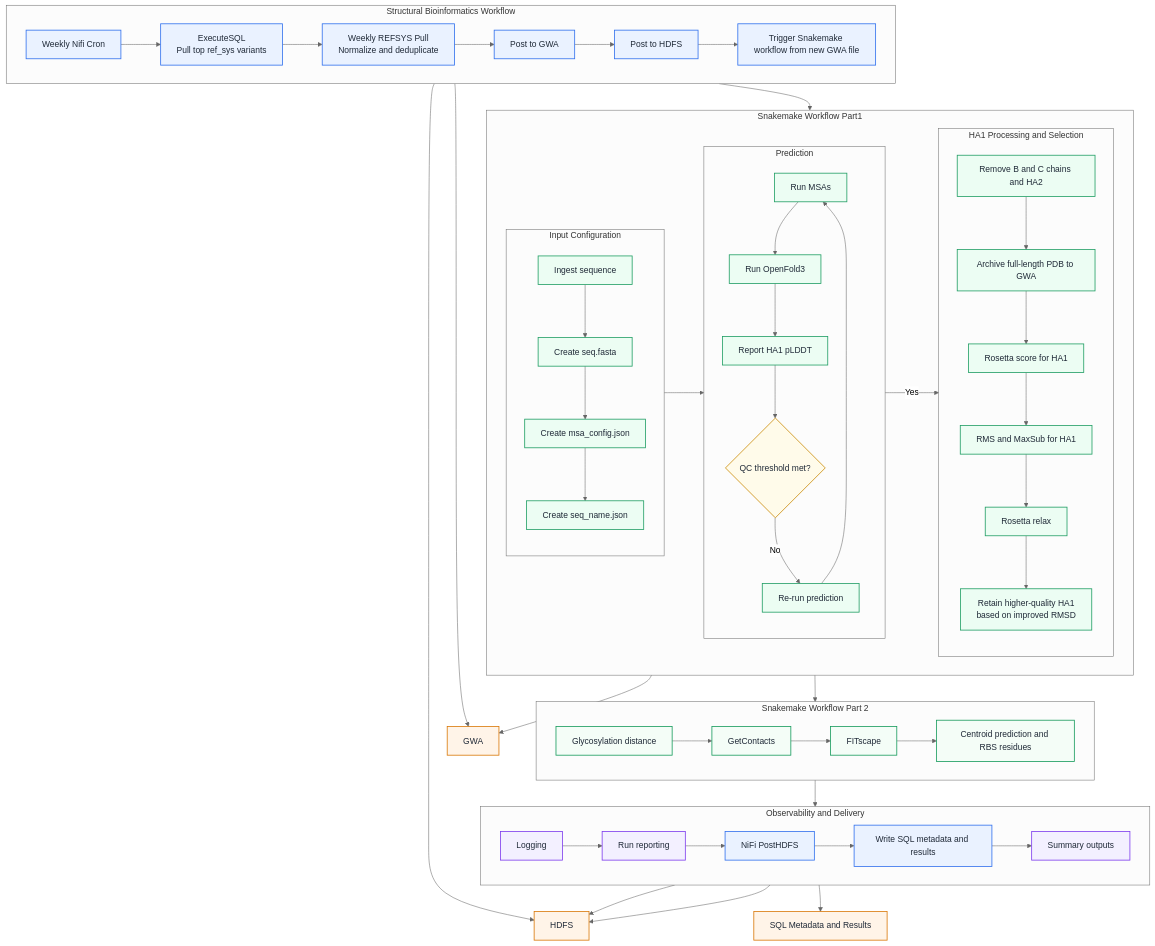
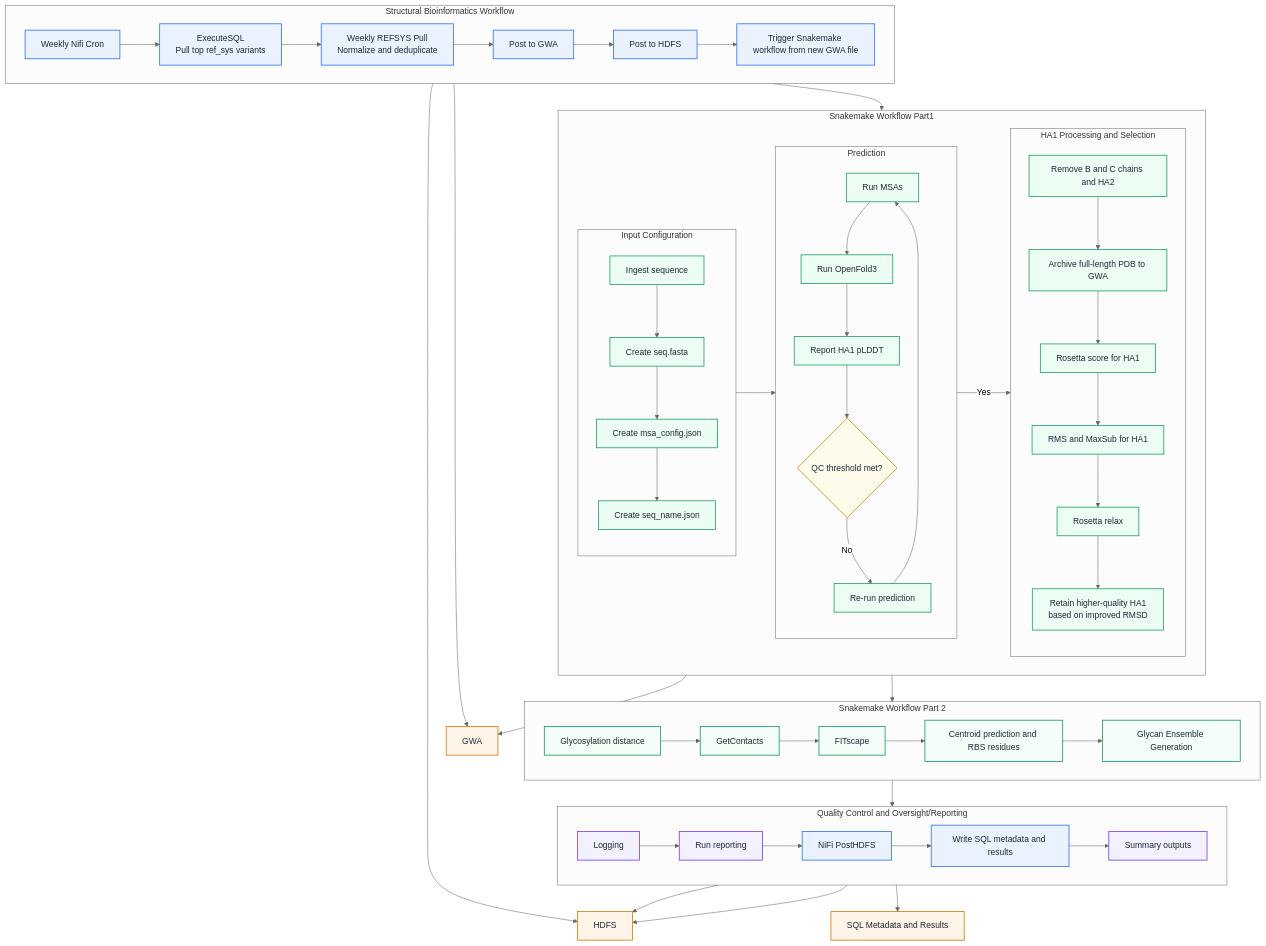
One commit to CDCgov/modpro changed the diagram in README.md. Above: the diagram before and after it, drawn with Mermaid (neutral theme). The commit also changed other lines of this file, not shown here.

Commit message:
Revise README structure and add workflow details
Updated section headers and added Glycan Ensemble Generation to workflow.

```diff
--- a/README.md
+++ b/README.md
@@ -220,7 +220,7 @@
     classDef report fill:#F3F0FF,stroke:#7C3AED,stroke-width:1.5px,color:#1F2937;
 
     %% =====================================================
-    %% ORCHESTRATION
+    %% Workflow
     %% =====================================================
     subgraph A["Structural Bioinformatics Workflow"]
         direction LR
@@ -234,7 +234,7 @@
     end
 
     %% =====================================================
-    %% MODELING
+    %% Modeling
     %% =====================================================
     subgraph B["Snakemake Workflow Part1"]
         direction LR
@@ -283,13 +283,14 @@
         C2["GetContacts"]
         C3["FITscape"]
         C4["Centroid prediction and RBS residues"]
-        C1 --> C2 --> C3 --> C4
+        C5["Glycan Ensemble Generation"]
+        C1 --> C2 --> C3 --> C4 --> C5
     end
 
     %% =====================================================
     %% OBSERVABILITY / DELIVERY
     %% =====================================================
-    subgraph D["Observability and Delivery"]
+    subgraph D["Quality Control and Oversight/Reporting"]
         direction LR
         D1["Logging"]
         D2["Run reporting"]
@@ -314,7 +315,7 @@
     A6 --> B1a
     B3b --> E1
     B3f --> C1
-    C4 --> D1
+    C5 --> D1
     D3 --> E2
     D4 --> E3
     D5 --> E2
@@ -324,7 +325,7 @@
     %% =====================================================
     class A1,A2,A3,A4,A5,A6,D3,D4 nifi;
     class B1a,B1b,B1c,B1d,B2a,B2b,B2c,B2e,B3a,B3b,B3c,B3d,B3e,B3f model;
-    class C1,C2,C3,C4 analytic;
+    class C1,C2,C3,C4,C5 analytic;
     class E1,E2,E3 store;
     class B2d decision;
     class D1,D2,D5 report;
```
